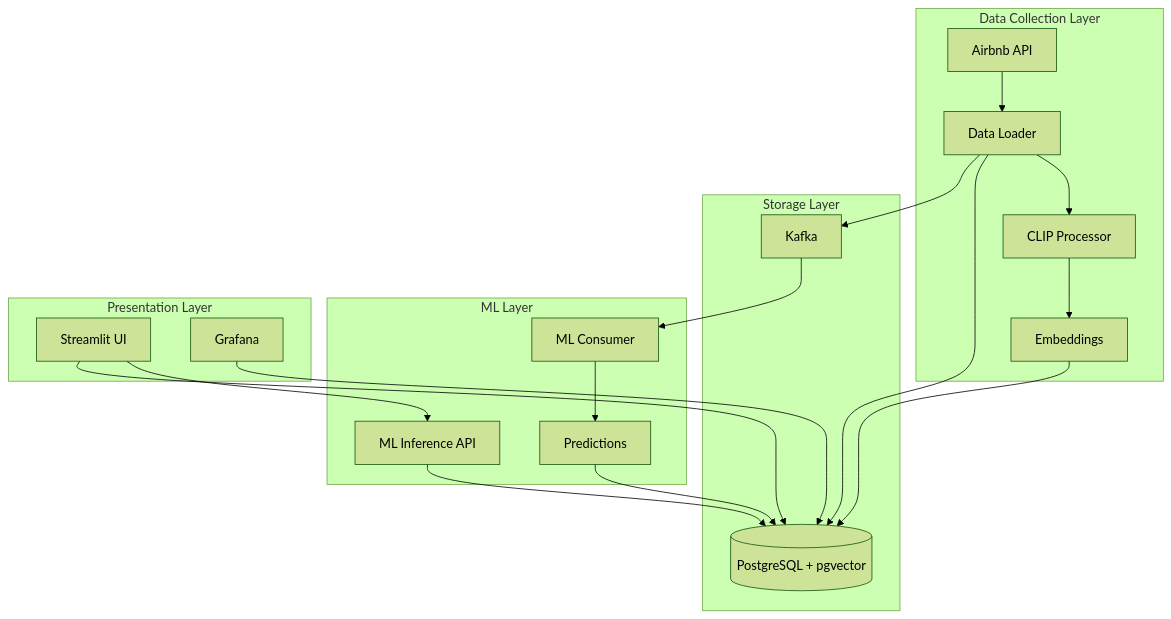
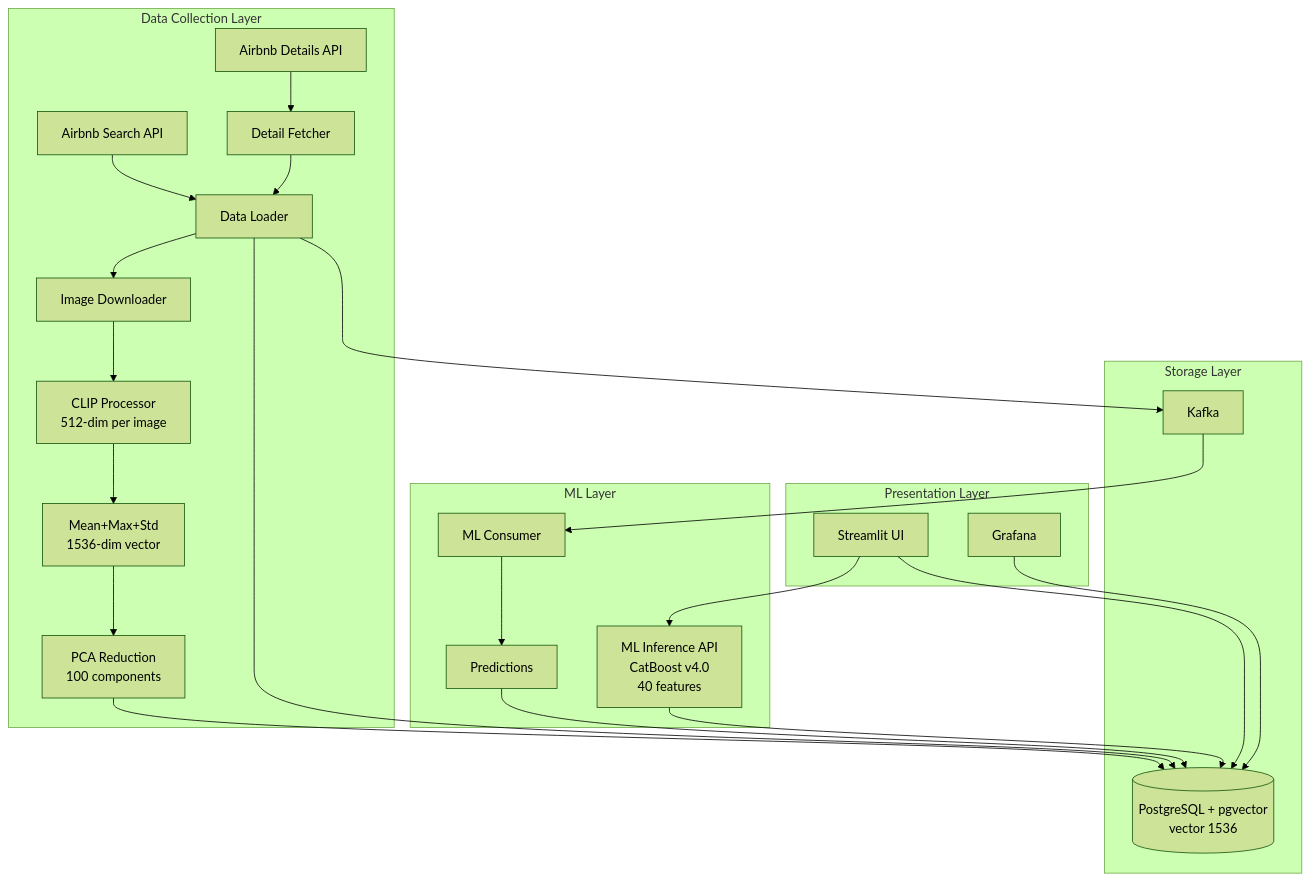
The diagram in README.md (annalzrv/hse_mlops_25_project), drawn with Mermaid (forest theme) before and after one commit. The commit also changed other lines of this file and 3 other files, not shown here.

First line of the commit message:
docs: update all documentation to reflect v4.0 model and current architecture

````diff
--- a/README.md
+++ b/README.md
@@ -52,27 +53,31 @@
 ```mermaid
 graph TB
     subgraph DataCollection [Data Collection Layer]
-        API[Airbnb API] --> DL[Data Loader]
-        DL --> CLIP[CLIP Processor]
-        CLIP --> EMB[Embeddings]
+        API1[Airbnb Search API] --> DL[Data Loader]
+        API2[Airbnb Details API] --> DF[Detail Fetcher]
+        DF --> DL
+        DL --> ID[Image Downloader]
+        ID --> CLIP[CLIP Processor<br/>512-dim per image]
+        CLIP --> AGG[Mean+Max+Std<br/>1536-dim vector]
+        AGG --> PCA[PCA Reduction<br/>100 components]
     end
     
     subgraph Storage [Storage Layer]
-        EMB --> PG[(PostgreSQL + pgvector)]
+        PCA --> PG[(PostgreSQL + pgvector<br/>vector 1536)]
         DL --> PG
         DL --> KF[Kafka]
     end
     
     subgraph ML [ML Layer]
         KF --> MLC[ML Consumer]
         MLC --> PRED[Predictions]
         PRED --> PG
-        MLS[ML Inference API] --> PG
+        MLS[ML Inference API<br/>CatBoost v4.0<br/>40 features] --> PG
     end
     
     subgraph Frontend [Presentation Layer]
         UI[Streamlit UI] --> MLS
         UI --> PG
         GF[Grafana] --> PG
     end
 ```
````
